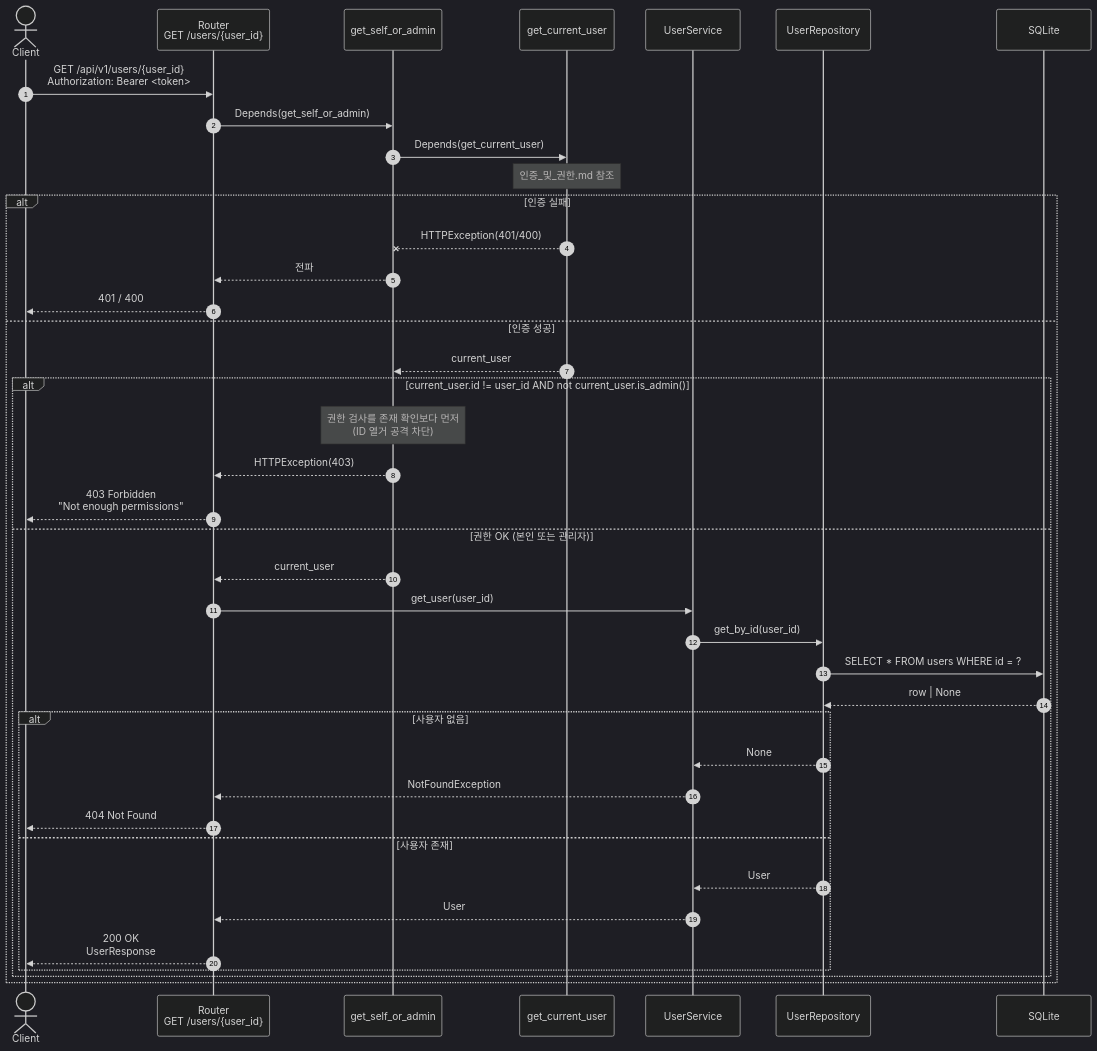
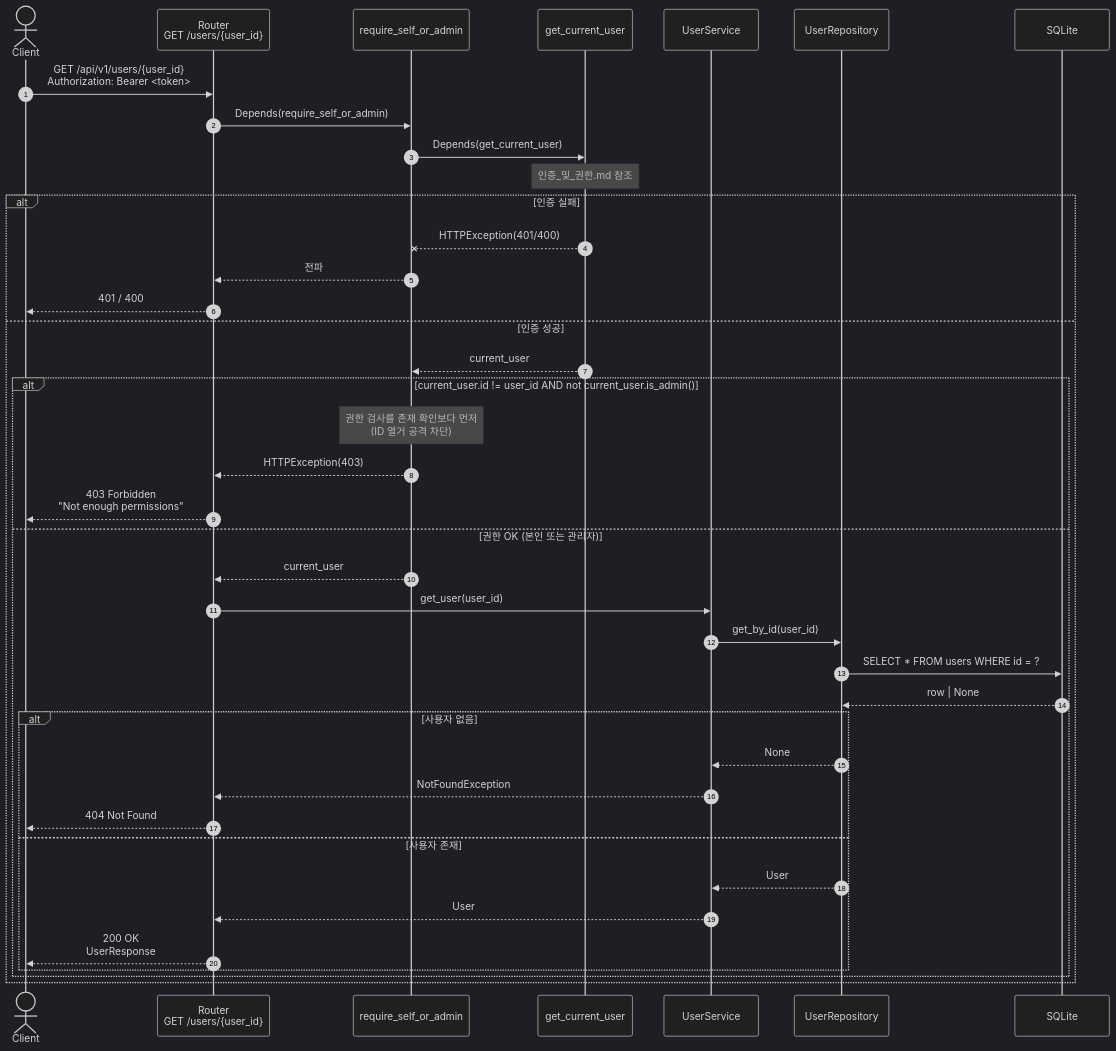
The third of 3 diagrams in docs/diagram/사용자_프로필.md (hjp7461/fastapi-sample), drawn with Mermaid (dark theme) before and after one commit. The commit also changed other lines of this file and 7 other files, not shown here.

First line of the commit message:
docs(diagram): require_* 명명 + staff 권한 + Product viewer 분기 정합

````diff
--- a/docs/diagram/사용자_프로필.md
+++ b/docs/diagram/사용자_프로필.md
@@ -112,44 +112,44 @@
 ```mermaid
 sequenceDiagram
     autonumber
     actor Client
     participant Router as Router<br/>GET /users/{user_id}
-    participant SelfAdmin as get_self_or_admin
+    participant SelfAdmin as require_self_or_admin
     participant CurUser as get_current_user
     participant Service as UserService
     participant Repo as UserRepository
     participant DB as SQLite
 
     Client->>Router: GET /api/v1/users/{user_id}<br/>Authorization: Bearer <token>
-    Router->>SelfAdmin: Depends(get_self_or_admin)
+    Router->>SelfAdmin: Depends(require_self_or_admin)
     SelfAdmin->>CurUser: Depends(get_current_user)
     Note over CurUser: 인증_및_권한.md 참조
 
     alt 인증 실패
         CurUser--xSelfAdmin: HTTPException(401/400)
         SelfAdmin-->>Router: 전파
         Router-->>Client: 401 / 400
     else 인증 성공
         CurUser-->>SelfAdmin: current_user
         alt current_user.id != user_id AND not current_user.is_admin()
             Note over SelfAdmin: 권한 검사를 존재 확인보다 먼저<br/>(ID 열거 공격 차단)
             SelfAdmin-->>Router: HTTPException(403)
             Router-->>Client: 403 Forbidden<br/>"Not enough permissions"
         else 권한 OK (본인 또는 관리자)
             SelfAdmin-->>Router: current_user
             Router->>Service: get_user(user_id)
             Service->>Repo: get_by_id(user_id)
             Repo->>DB: SELECT * FROM users WHERE id = ?
             DB-->>Repo: row | None
             alt 사용자 없음
                 Repo-->>Service: None
                 Service-->>Router: NotFoundException
                 Router-->>Client: 404 Not Found
             else 사용자 존재
                 Repo-->>Service: User
                 Service-->>Router: User
                 Router-->>Client: 200 OK<br/>UserResponse
             end
         end
     end
 ```
````
